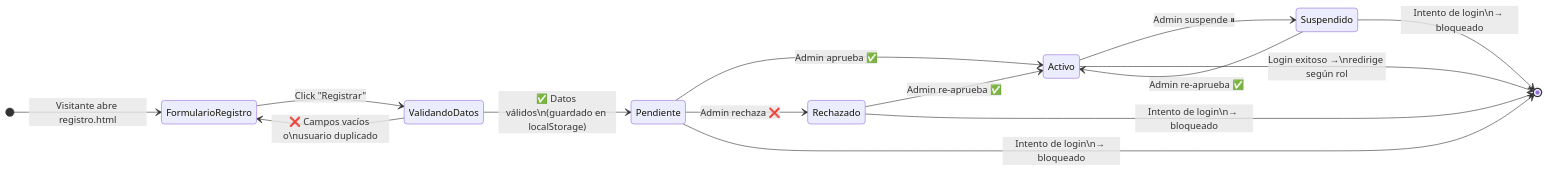
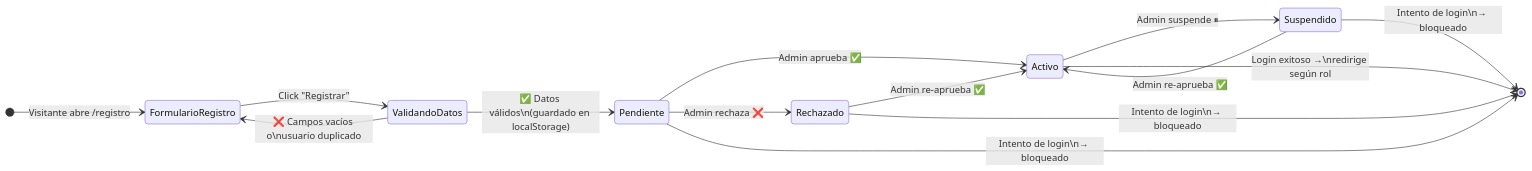
One commit to AdriP-maker/JAAR_Antigravity changed the first of 10 diagrams in docs/diagrama_estados.md. Above: the diagram before and after it, drawn with Mermaid. The commit also changed other lines of this file and 70 other files, not shown here.

````diff
--- a/docs/diagrama_estados.md
+++ b/docs/diagrama_estados.md
@@ -9,21 +9,21 @@
 ```mermaid
 stateDiagram-v2
     direction LR
-    [*] --> FormularioRegistro : Visitante abre registro.html
+    [*] --> FormularioRegistro : Visitante abre /registro
 
     FormularioRegistro --> ValidandoDatos : Click "Registrar"
     ValidandoDatos --> FormularioRegistro : ❌ Campos vacíos o\nusuario duplicado
     ValidandoDatos --> Pendiente : ✅ Datos válidos\n(guardado en localStorage)
 
     Pendiente --> Activo     : Admin aprueba ✅
     Pendiente --> Rechazado  : Admin rechaza ❌
 
     Activo --> Suspendido    : Admin suspende ⏸
     Suspendido --> Activo    : Admin re-aprueba ✅
     Rechazado  --> Activo    : Admin re-aprueba ✅
 
     Activo     --> [*]       : Login exitoso →\nredirige según rol
     Pendiente  --> [*]       : Intento de login\n→ bloqueado
     Rechazado  --> [*]       : Intento de login\n→ bloqueado
     Suspendido --> [*]       : Intento de login\n→ bloqueado
 ```
````
